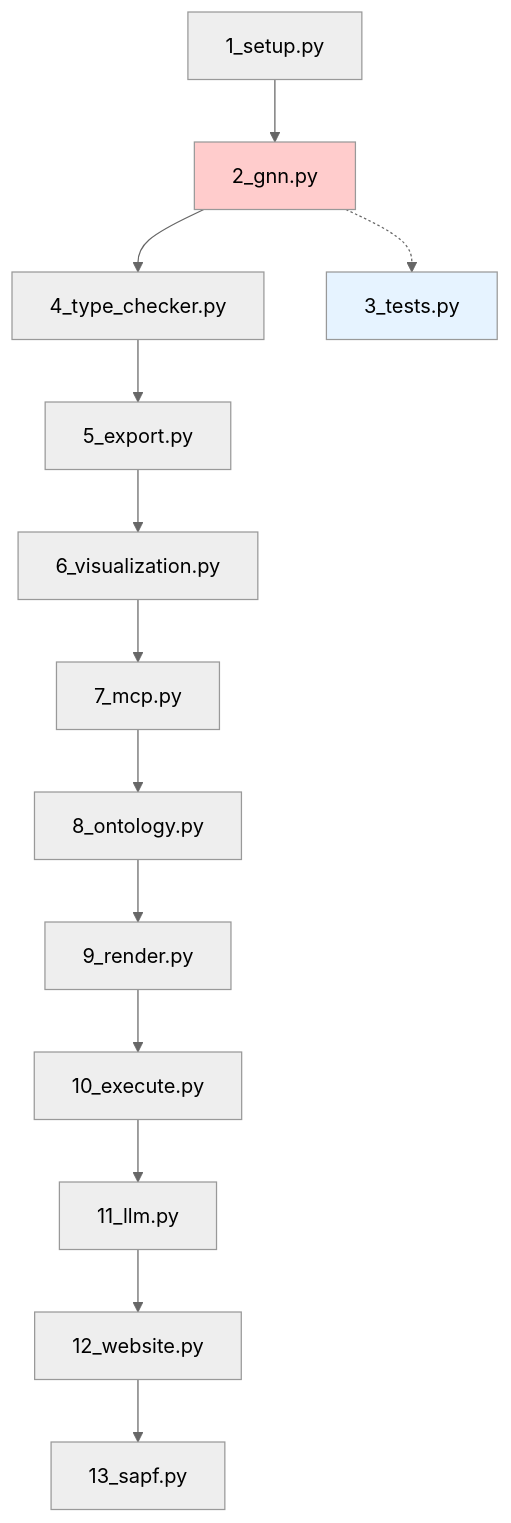
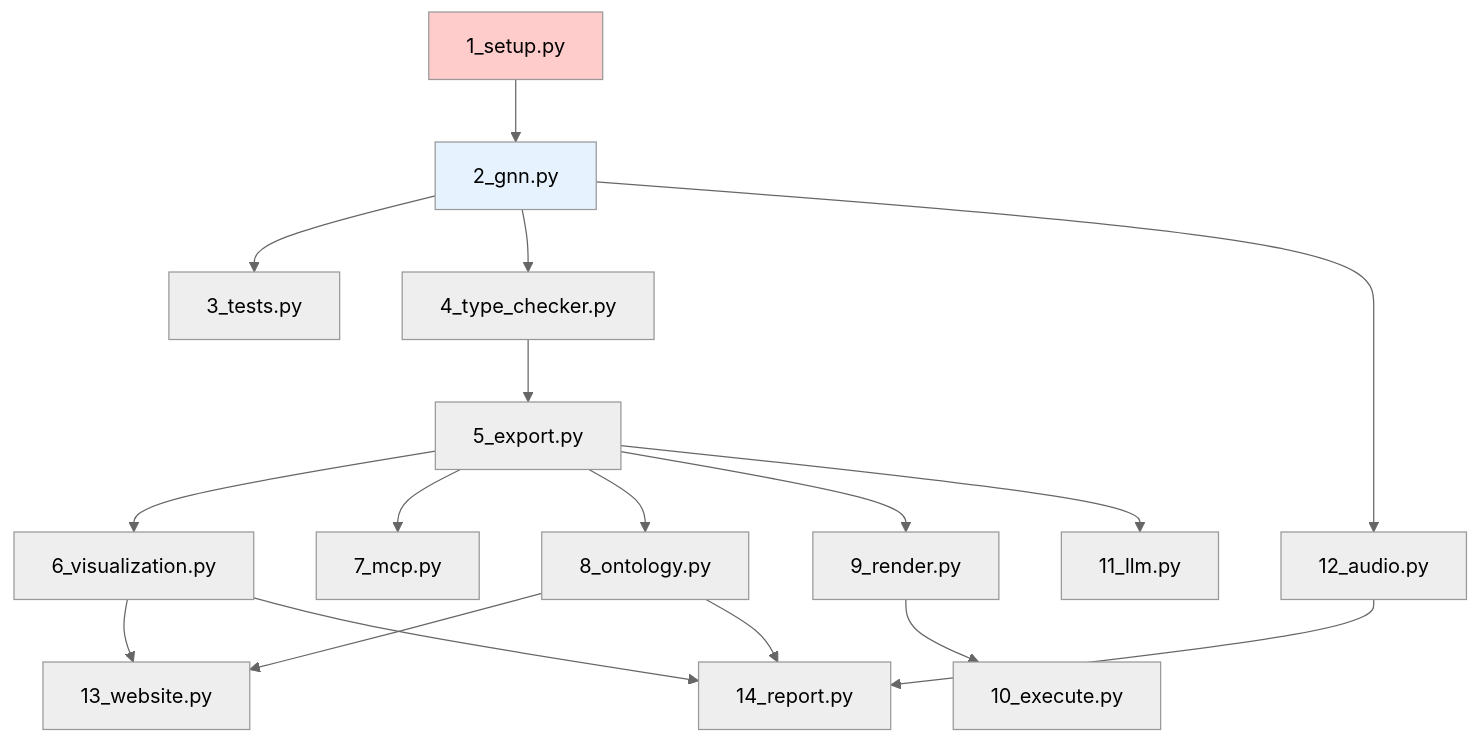
One commit to ActiveInferenceInstitute/GeneralizedNotationNotation changed the diagram in doc/pipeline/PIPELINE_ARCHITECTURE.md. Above: the diagram before and after it, drawn with Mermaid (neutral theme). The commit also changed other lines of this file and 44 other files, not shown here.

````diff
--- a/doc/pipeline/PIPELINE_ARCHITECTURE.md
+++ b/doc/pipeline/PIPELINE_ARCHITECTURE.md
@@ -9,19 +9,22 @@
 ```mermaid
 graph TD
     A[1_setup.py] --> B[2_gnn.py]
-    B --> C[4_type_checker.py]
-    C --> D[5_export.py]
-    D --> E[6_visualization.py]
-    E --> F[7_mcp.py]
-    F --> G[8_ontology.py]
-    G --> H[9_render.py]
-    H --> I[10_execute.py]
-    I --> J[11_llm.py]
-    J --> K[12_website.py]
-    K --> L[13_sapf.py]
+    B --> C[3_tests.py]
+    B --> D[4_type_checker.py]
+    D --> E[5_export.py]
+    E --> F[6_visualization.py]
+    E --> G[7_mcp.py]
+    E --> H[8_ontology.py]
+    E --> I[9_render.py]
+    I --> J[10_execute.py]
+    E --> K[11_llm.py]
+    B --> L[12_audio.py]
+    F --> M[13_website.py]
+    H --> M
+    F --> N[14_report.py]
+    H --> N
+    L --> N
     
-    B -.-> M[3_tests.py]
-    
-    style B fill:#ffcccc
-    style M fill:#e6f3ff
+    style A fill:#ffcccc
+    style B fill:#e6f3ff
 ```
````
